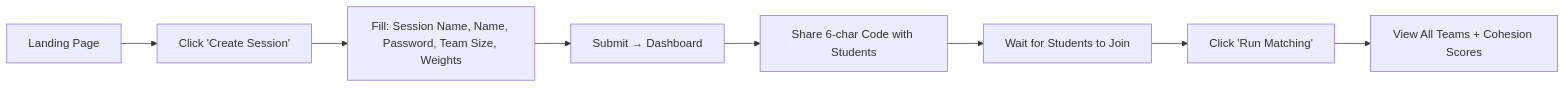
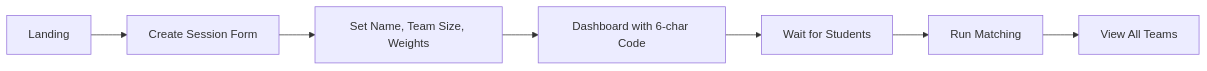
One commit to jongwyi/who-to-v2 changed the first of 2 diagrams in PRD.md. Above: the diagram before and after it, drawn with Mermaid. The commit also changed other lines of this file and 3 other files, not shown here.

````diff
--- a/PRD.md
+++ b/PRD.md
@@ -27,10 +24,9 @@
 ```mermaid
 flowchart LR
-    A[Landing Page] --> B[Click 'Create Session']
-    B --> C[Fill: Session Name, Name, Password, Team Size, Weights]
-    C --> D[Submit → Dashboard]
-    D --> E[Share 6-char Code with Students]
-    E --> F[Wait for Students to Join]
-    F --> G[Click 'Run Matching']
-    G --> H[View All Teams + Cohesion Scores]
+    A[Landing] --> B[Create Session Form]
+    B --> C[Set Name, Team Size, Weights]
+    C --> D[Dashboard with 6-char Code]
+    D --> E[Wait for Students]
+    E --> F[Run Matching]
+    F --> G[View All Teams]
 ```
````
